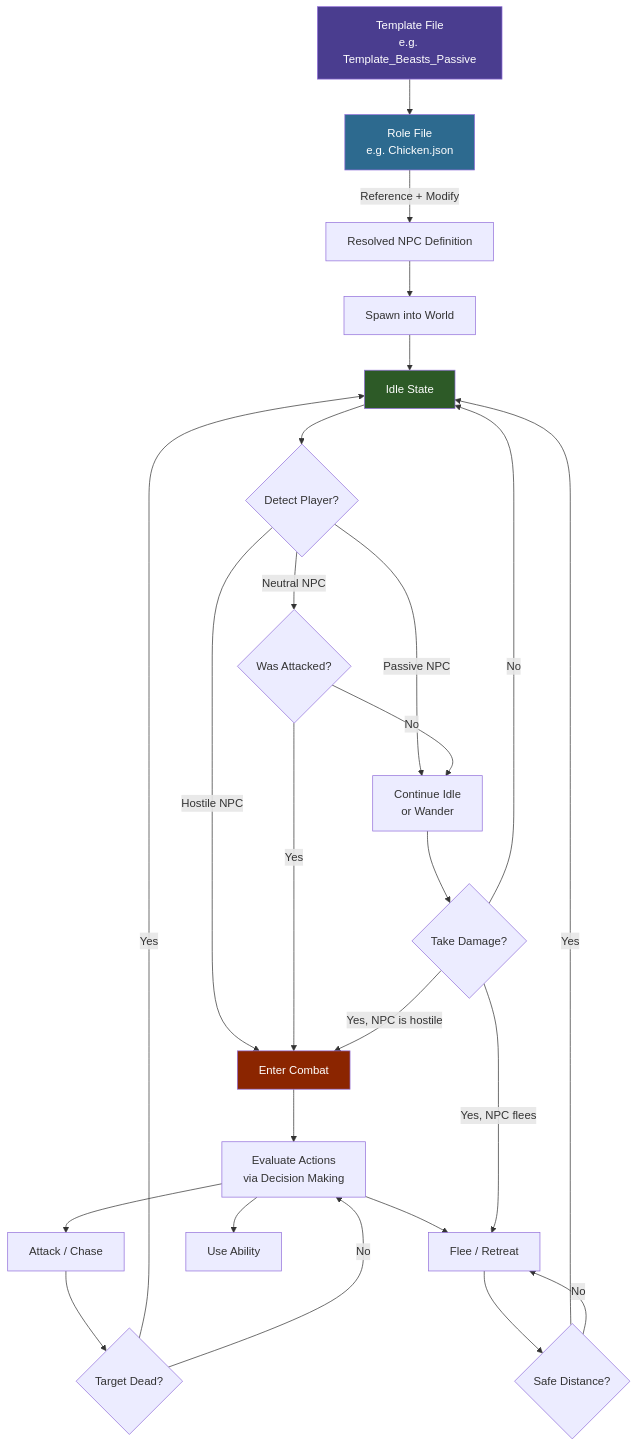
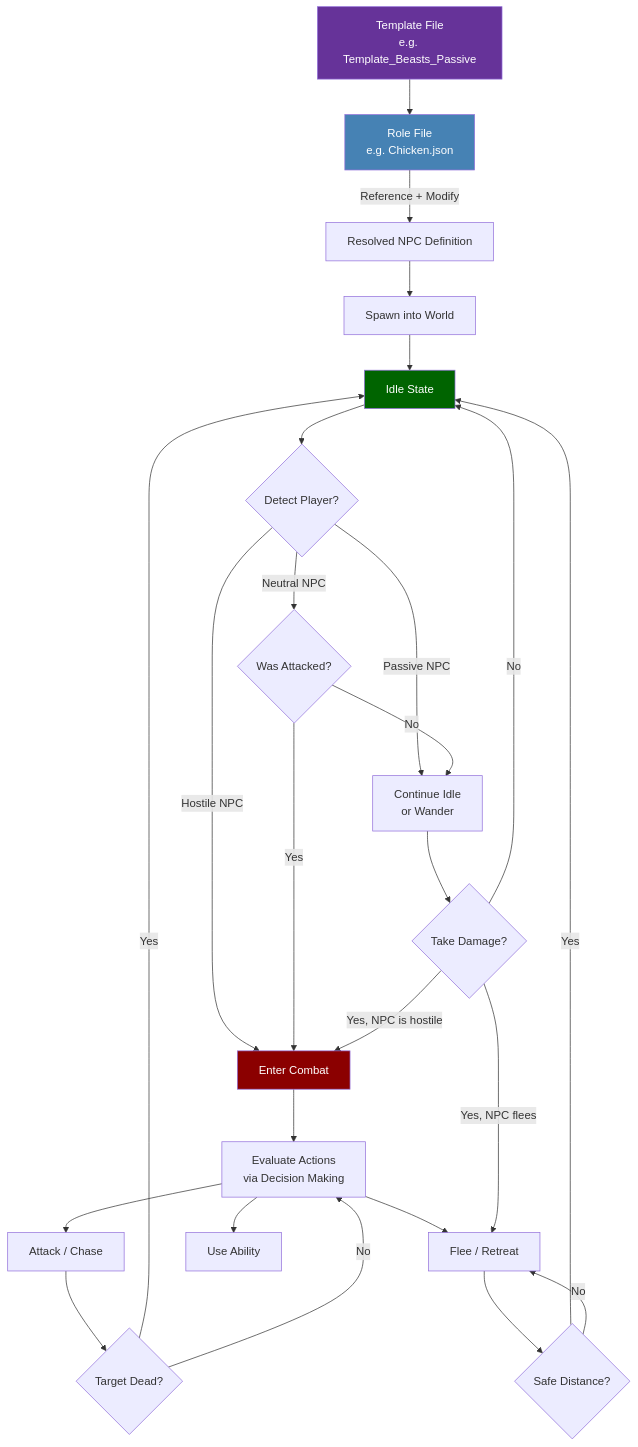
Before and after one commit to nevesb/hytale-modding-docs: the diagram in src/content/docs/es/reference/npc-system/npc-roles.md, drawn with Mermaid. The commit also changed 34 other files, not shown here.

````diff
--- a/src/content/docs/es/reference/npc-system/npc-roles.md
+++ b/src/content/docs/es/reference/npc-system/npc-roles.md
@@ -12,39 +12,39 @@
 ```mermaid
-flowchart TD
-    A["Template File<br/>e.g. Template_Beasts_Passive"] --> B["Role File<br/>e.g. Chicken.json"]
+flowchart TD;
+    A["Template File<br>e.g. Template_Beasts_Passive"] --> B["Role File<br>e.g. Chicken.json"]
     B -->|"Reference + Modify"| C[Resolved NPC Definition]
 
     C --> D[Spawn into World]
     D --> E[Idle State]
 
     E --> F{Detect Player?}
-    F -->|"Passive NPC"| G["Continue Idle<br/>or Wander"]
+    F -->|"Passive NPC"| G["Continue Idle<br>or Wander"]
     F -->|"Hostile NPC"| H[Enter Combat]
     F -->|"Neutral NPC"| I{Was Attacked?}
 
     I -->|"No"| G
     I -->|"Yes"| H
 
-    H --> J["Evaluate Actions<br/>via Decision Making"]
+    H --> J["Evaluate Actions<br>via Decision Making"]
     J --> K[Attack / Chase]
     J --> L[Flee / Retreat]
     J --> M[Use Ability]
 
     K --> N{Target Dead?}
     N -->|"Yes"| E
     N -->|"No"| J
 
     L --> O{Safe Distance?}
     O -->|"Yes"| E
     O -->|"No"| L
 
     G --> P{Take Damage?}
     P -->|"Yes, NPC is hostile"| H
     P -->|"Yes, NPC flees"| L
     P -->|"No"| E
 
-    style A fill:#4a3d8f,color:#fff
-    style B fill:#2d6a8f,color:#fff
-    style H fill:#8b2500,color:#fff
-    style E fill:#2d5a27,color:#fff
+    style A fill:rebeccapurple,color:white
+    style B fill:steelblue,color:white
+    style H fill:darkred,color:white
+    style E fill:darkgreen,color:white
 ```
````
